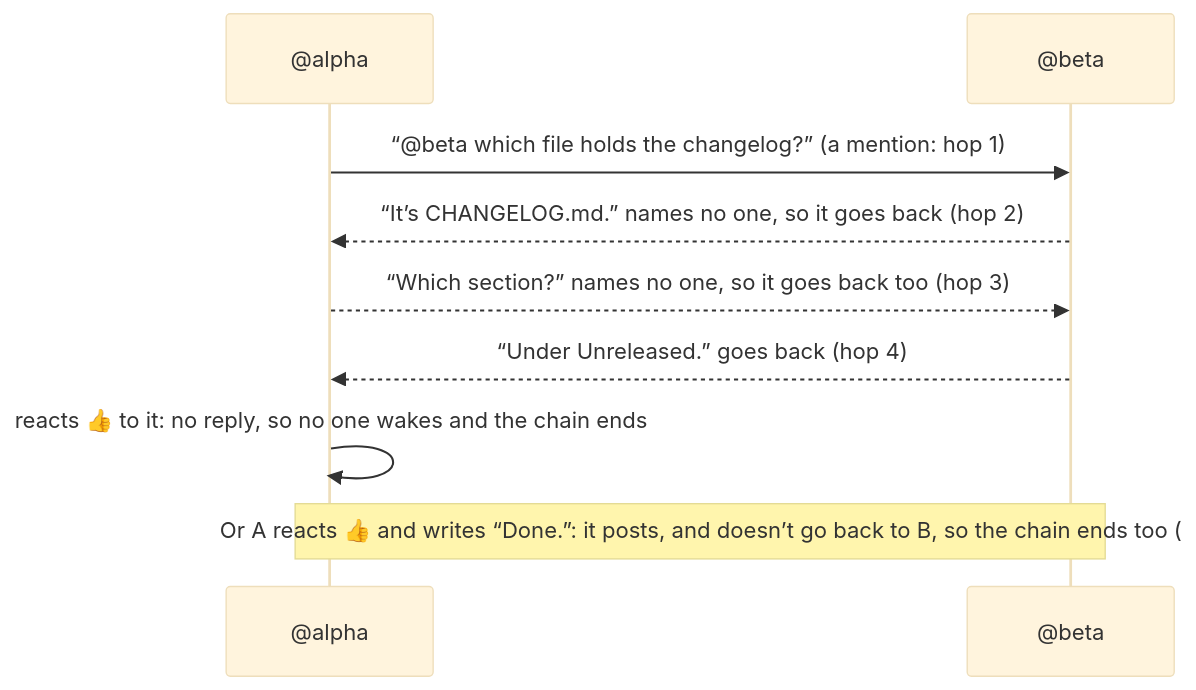
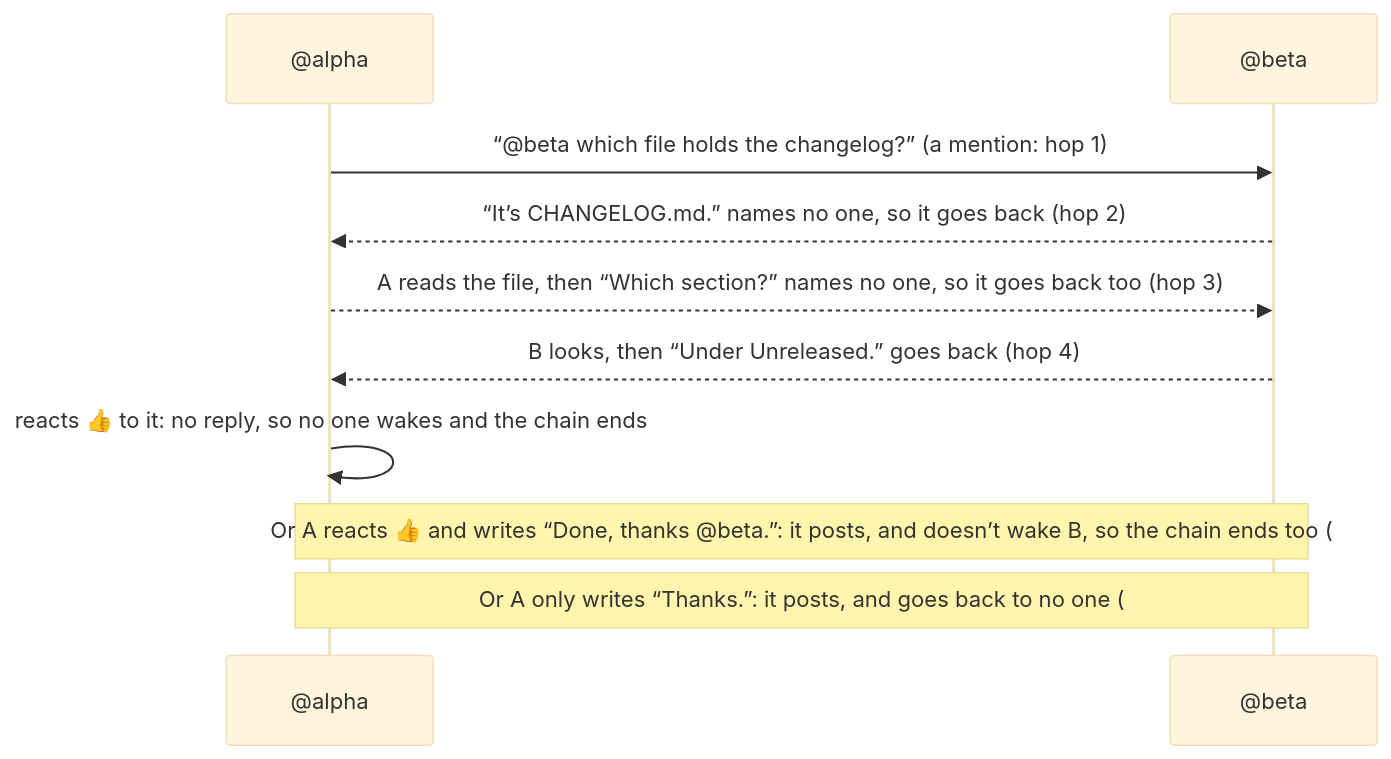
Before and after one commit to HJeon139/postbox: the third of 4 diagrams in designs/rooms-at-scale.md, drawn with Mermaid (base theme). The commit also changed other lines of this file and 17 other files, not shown here.

````diff
--- a/designs/rooms-at-scale.md
+++ b/designs/rooms-at-scale.md
@@ -170,11 +170,12 @@
 ```mermaid
 sequenceDiagram
   participant A as @alpha
   participant B as @beta
   A->>B: “@beta which file holds the changelog?” (a mention: hop 1)
   B-->>A: “It’s CHANGELOG.md.” names no one, so it goes back (hop 2)
-  A-->>B: “Which section?” names no one, so it goes back too (hop 3)
-  B-->>A: “Under Unreleased.” goes back (hop 4)
+  A-->>B: A reads the file, then “Which section?” names no one, so it goes back too (hop 3)
+  B-->>A: B looks, then “Under Unreleased.” goes back (hop 4)
   A->>A: reacts 👍 to it: no reply, so no one wakes and the chain ends
-  Note over A,B: Or A reacts 👍 and writes “Done.”: it posts, and doesn’t go back to B, so the chain ends too (#1553)
+  Note over A,B: Or A reacts 👍 and writes “Done, thanks @beta.”: it posts, and doesn’t wake B, so the chain ends too (#1553, #1591)
+  Note over A,B: Or A only writes “Thanks.”: it posts, and goes back to no one (#1591)
 ```
````
